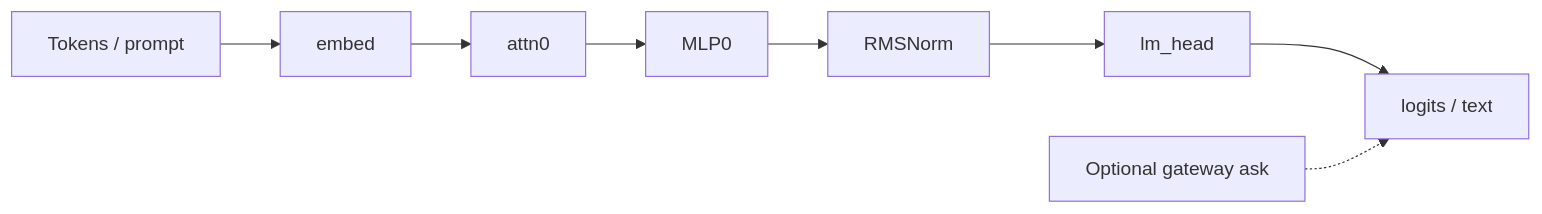
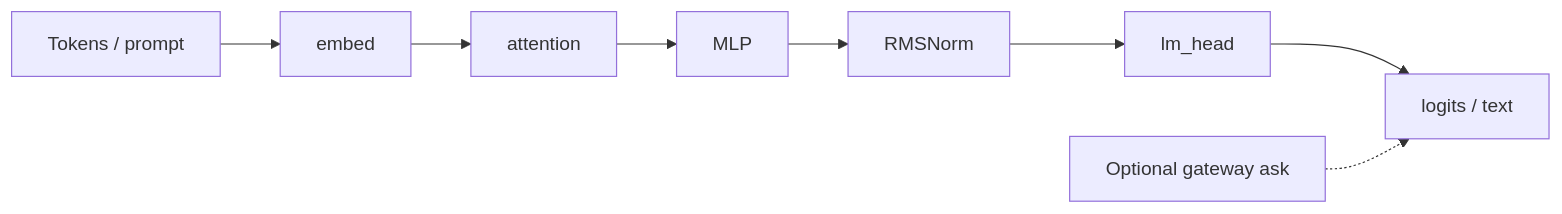
The fifth of 6 diagrams in docs/MODEL_ASPECTS.md (sparklang-dev/sparklang), drawn with Mermaid before and after one commit. The commit also changed other lines of this file and 102 other files, not shown here.

````diff
--- a/docs/MODEL_ASPECTS.md
+++ b/docs/MODEL_ASPECTS.md
@@ -416,12 +415,12 @@
 ```mermaid
 flowchart LR
  IN["Tokens / prompt"]
  EMB["embed"]
- AT["attn0"]
- MLP["MLP0"]
+ AT["attention"]
+ MLP["MLP"]
  HN["RMSNorm"]
  LH["lm_head"]
  OUT["logits / text"]
  IN --> EMB --> AT --> MLP --> HN --> LH --> OUT
  GW["Optional gateway ask"] -.-> OUT
 ```
````
